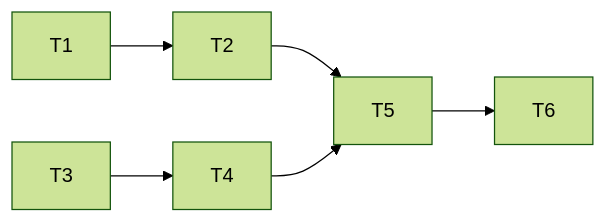
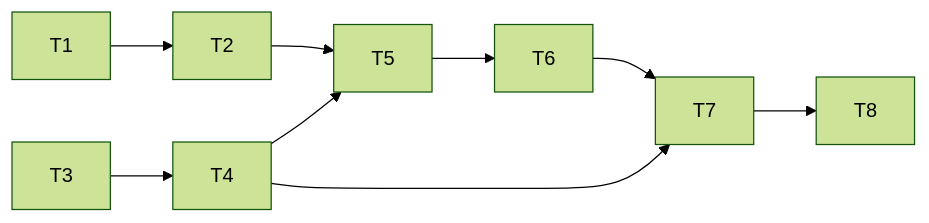
Before and after one commit to OUTLElijiadong/llm-agent-code-review: the diagram in docs/沙箱黑盒入口与上下文复用20261008/TASK_沙箱黑盒入口与上下文复用.md, drawn with Mermaid (forest theme). The commit also changed other lines of this file and 7 other files, not shown here.

````diff
--- a/docs/沙箱黑盒入口与上下文复用20261008/TASK_沙箱黑盒入口与上下文复用.md
+++ b/docs/沙箱黑盒入口与上下文复用20261008/TASK_沙箱黑盒入口与上下文复用.md
@@ -14,8 +16,11 @@
 ```mermaid
 flowchart LR
   T1 --> T2
   T3 --> T4
   T2 --> T5
   T4 --> T5
   T5 --> T6
+  T4 --> T7
+  T6 --> T7
+  T7 --> T8
 ```
````
